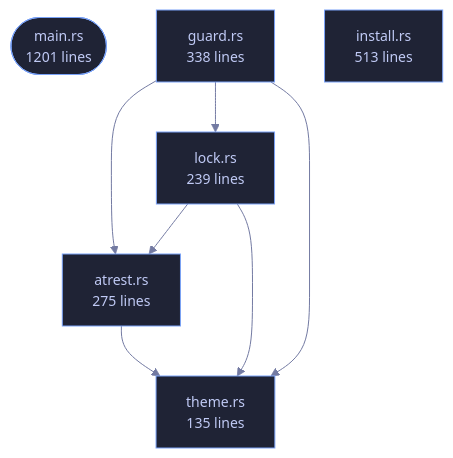
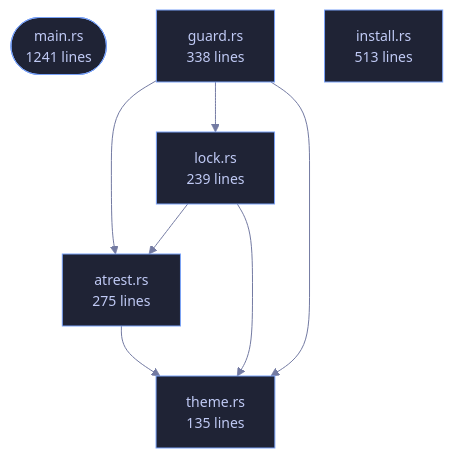
One commit to tilas01/veilvoice changed the diagram in crates/veilvoice-cli/README.md. Above: the diagram before and after it, drawn with Mermaid. The commit also changed other lines of this file and 8 other files, not shown here.

````diff
--- a/crates/veilvoice-cli/README.md
+++ b/crates/veilvoice-cli/README.md
@@ -80,16 +80,16 @@
 ```mermaid
 %%{init: {"theme":"base","themeVariables":{"background":"#1a1b26","primaryColor":"#1f2335","primaryTextColor":"#c0caf5","primaryBorderColor":"#7aa2f7","secondaryColor":"#16161e","tertiaryColor":"#16161e","lineColor":"#737aa2","textColor":"#c0caf5","mainBkg":"#1f2335","nodeBorder":"#7aa2f7","clusterBkg":"#16161e","clusterBorder":"#2f3549","fontFamily":"ui-monospace, SFMono-Regular, Consolas, monospace","fontSize":"14px"}}}%%
 flowchart TD
-    n_main(["main.rs<br/>1201 lines"])
+    n_main(["main.rs<br/>1241 lines"])
     n_atrest["atrest.rs<br/>275 lines"]
     n_guard["guard.rs<br/>338 lines"]
     n_install["install.rs<br/>513 lines"]
     n_lock["lock.rs<br/>239 lines"]
     n_theme["theme.rs<br/>135 lines"]
     n_atrest --> n_theme
     n_guard --> n_atrest
     n_guard --> n_lock
     n_guard --> n_theme
     n_lock --> n_atrest
     n_lock --> n_theme
 ```
````
